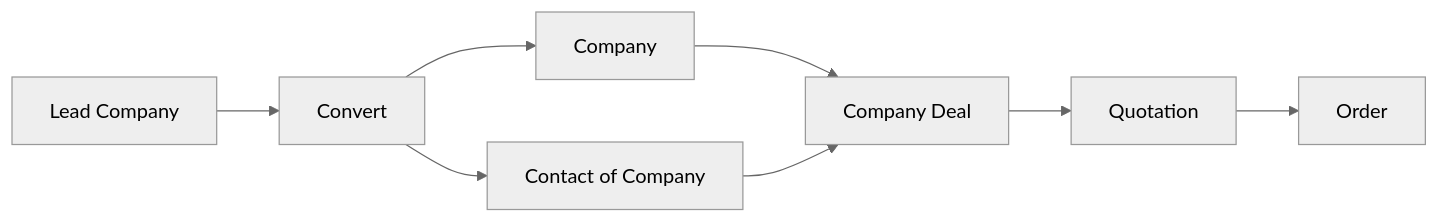
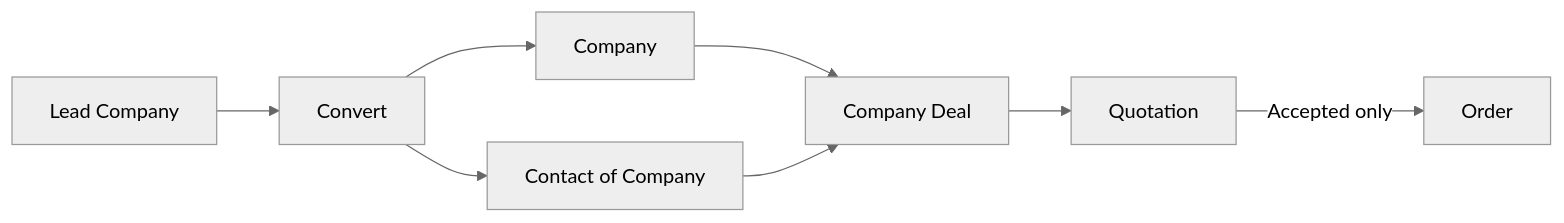
One commit to TuyenVont/doublet_crm changed the diagram in docs/workflows/WF_02_COMPANY_SALES.md. Above: the diagram before and after it, drawn with Mermaid (neutral theme). The commit also changed other lines of this file and 45 other files, not shown here.

````diff
--- a/docs/workflows/WF_02_COMPANY_SALES.md
+++ b/docs/workflows/WF_02_COMPANY_SALES.md
@@ -11,10 +12,10 @@
 ```mermaid
 flowchart LR
   L[Lead Company] --> CV[Convert]
   CV --> CO[Company]
   CV --> CT[Contact of Company]
   CO --> D[Company Deal]
   CT --> D
   D --> Q[Quotation]
-  Q --> O[Order]
+  Q -->|Accepted only| O[Order]
 ```
````
